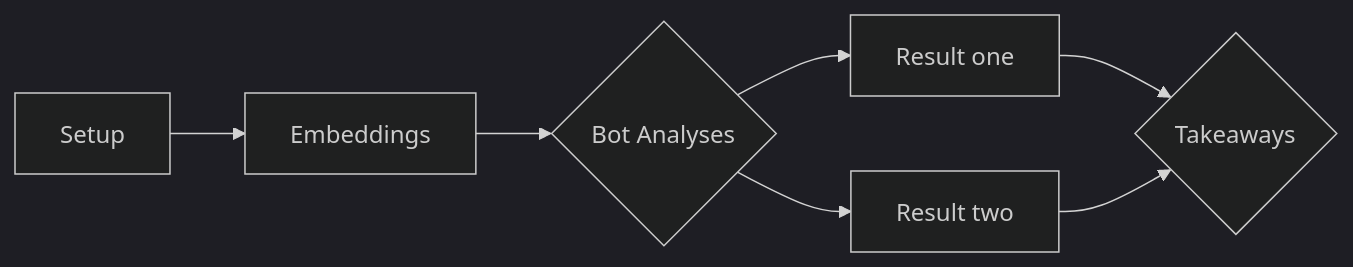
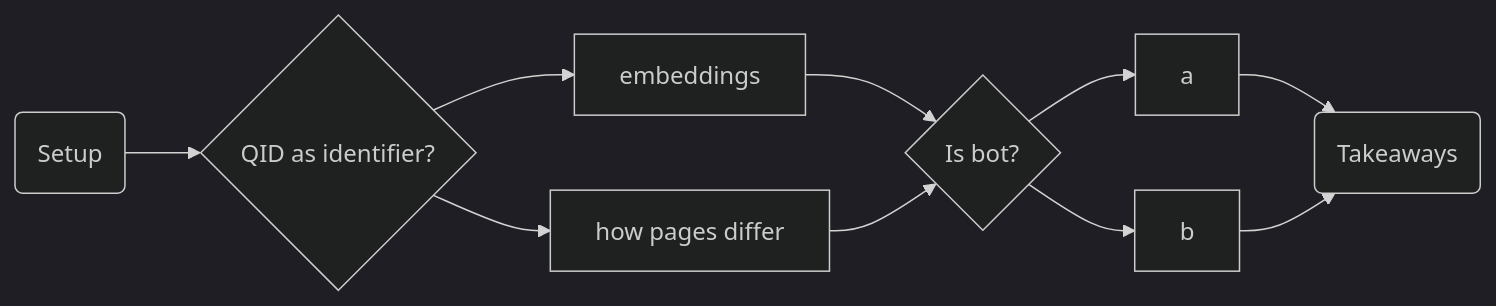
One commit to simondavi/datafest_kodaqsteams changed the first of 2 diagrams in kodaqs_team_quarto.qmd. Above: the diagram before and after it, drawn with Mermaid (dark theme). The commit also changed other lines of this file, not shown here.

Commit message:
modified:   kodaqs_team_quarto.qmd

````diff
--- a/kodaqs_team_quarto.qmd
+++ b/kodaqs_team_quarto.qmd
@@ -45,9 +45,12 @@
 ```{mermaid}
 flowchart LR
-  A[Setup] --> B[Embeddings]
-  B --> C{Bot Analyses}
-  C --> D[Result one]
-  C --> E[Result two]
-  D --> F{Takeaways}
-  E --> F{Takeaways}
+  A(Setup) --> B{QID as identifier?}
+  B --> C[embeddings]
+  B --> D[how pages differ]
+  C --> E{Is bot?}
+  D --> E{Is bot?}
+  E --> F[a]
+  E --> G[b]
+  F --> H(Takeaways)
+  G --> H(Takeaways)
 ```
````
